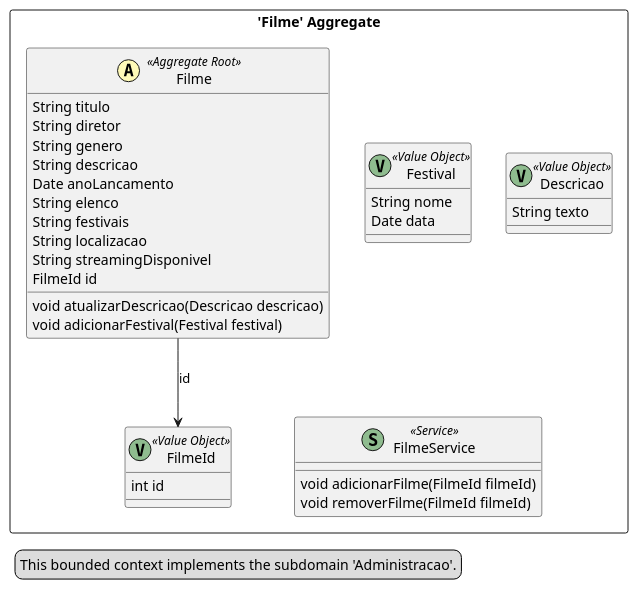
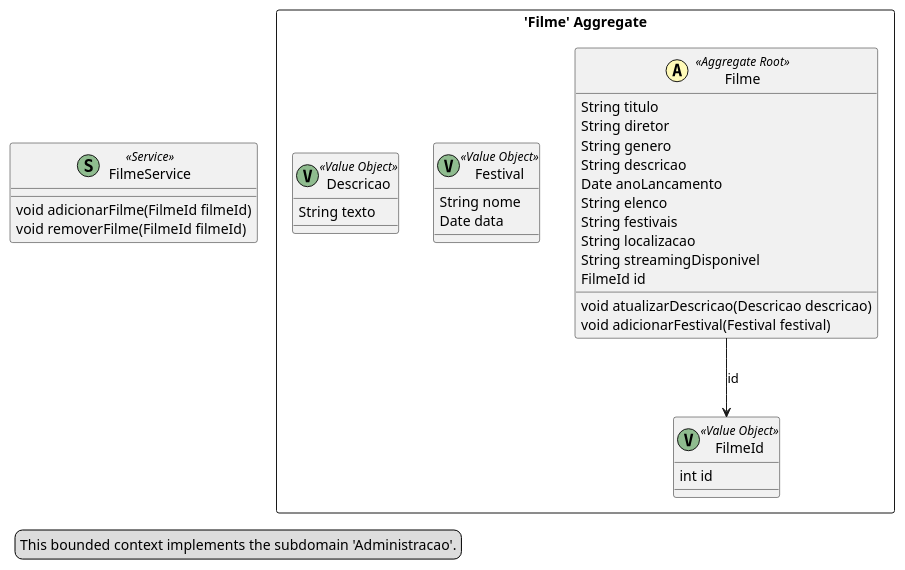
Before and after one commit to mariajuliapessoa/Plataforma-de-Cinema-Brasileiro: the diagram in src-gen/Bracine_BC_Administracao.puml, drawn with PlantUML. The commit also changed 10 other files, not shown here.

```diff
--- a/src-gen/Bracine_BC_Administracao.puml
+++ b/src-gen/Bracine_BC_Administracao.puml
@@ -1,41 +1,41 @@
 @startuml
 
 skinparam componentStyle uml2
 
 package "'Filme' Aggregate" <<Rectangle>> {
 	class Filme <<(A,#fffab8) Aggregate Root>> {
 		String titulo
 		String diretor
 		String genero
 		String descricao
 		Date anoLancamento
 		String elenco
 		String festivais
 		String localizacao
 		String streamingDisponivel
 		FilmeId id
 		void atualizarDescricao(Descricao descricao)
 		void adicionarFestival(Festival festival)
 	}
 	class FilmeId <<(V,DarkSeaGreen) Value Object>> {
 		int id
 	}
 	class Festival <<(V,DarkSeaGreen) Value Object>> {
 		String nome
 		Date data
 	}
 	class Descricao <<(V,DarkSeaGreen) Value Object>> {
 		String texto
 	}
-	class FilmeService <<(S,DarkSeaGreen) Service>> {
-		void adicionarFilme(FilmeId filmeId)
-		void removerFilme(FilmeId filmeId)
-	}
+}
+class FilmeService <<(S,DarkSeaGreen) Service>> {
+	void adicionarFilme(FilmeId filmeId)
+	void removerFilme(FilmeId filmeId)
 }
 Filme --> FilmeId : id
 legend left
   This bounded context implements the subdomain 'Administracao'.
 end legend
 
 
 @enduml
```
